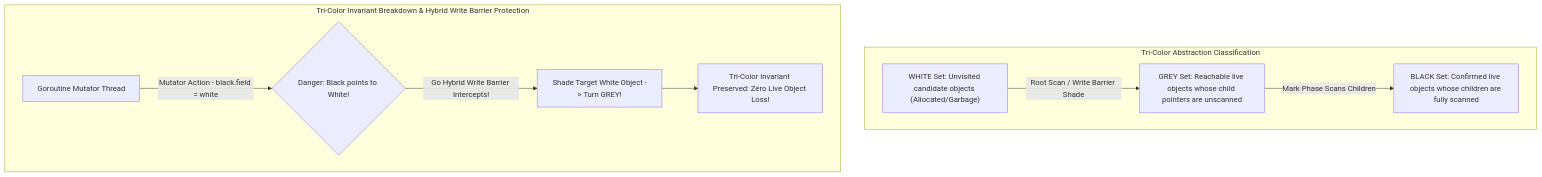
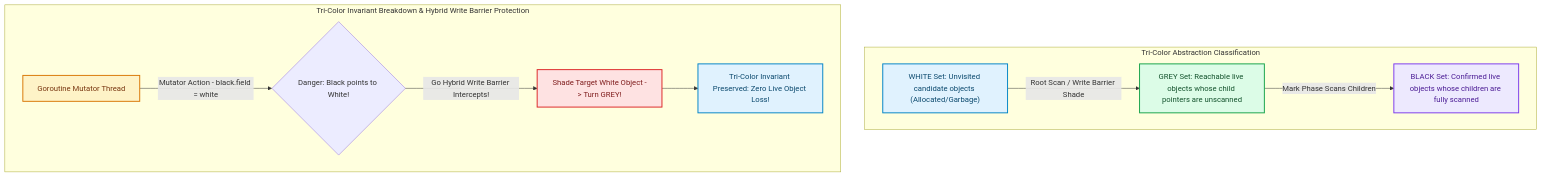
Before and after one commit to akmalkhaniub/akmalkhaniub.github.io: the diagram in blog/posts/tri-color-marking-concurrent-sweep-go-runtime-write-barriers.md, drawn with Mermaid. The commit also changed other lines of this file and 1291 other files, not shown here.

First line of the commit message:
feat(catalog): unique covers, scholarly references, and diagram palettes

````diff
--- a/blog/posts/tri-color-marking-concurrent-sweep-go-runtime-write-barriers.md
+++ b/blog/posts/tri-color-marking-concurrent-sweep-go-runtime-write-barriers.md
@@ -19,17 +19,28 @@
 ```mermaid
 flowchart TD
   subgraph SG1_TriColorAbstraction ["Tri-Color Abstraction Classification"]
     White[" WHITE Set: Unvisited candidate objects (Allocated/Garbage)"]
     Grey[" GREY Set: Reachable live objects whose child pointers are unscanned"]
     Black[" BLACK Set: Confirmed live objects whose children are fully scanned"]
     
     White -->|Root Scan / Write Barrier Shade| Grey
     Grey -->|Mark Phase Scans Children| Black
   end
   
   subgraph SG2_TriColorInvariant ["Tri-Color Invariant Breakdown & Hybrid Write Barrier Protection"]
-    Mutator[Goroutine Mutator Thread] -->|Mutator Action - black.field = white| DangerCheck{Danger: Black points to White!}
-    DangerCheck -->|Go Hybrid Write Barrier Intercepts!| Shade[ Shade Target White Object -> Turn GREY!]
-    Shade --> SafeMark[ Tri-Color Invariant Preserved: Zero Live Object Loss!]
+    Mutator["Goroutine Mutator Thread"] -->|Mutator Action - black.field = white| DangerCheck{Danger: Black points to White!}
+    DangerCheck -->|Go Hybrid Write Barrier Intercepts!| Shade[" Shade Target White Object -> Turn GREY!"]
+    Shade --> SafeMark[" Tri-Color Invariant Preserved: Zero Live Object Loss!"]
   end
+
+classDef green fill:#dcfce7,stroke:#16a34a,stroke-width:2px,color:#14532d;
+classDef red fill:#fee2e2,stroke:#dc2626,stroke-width:2px,color:#7f1d1d;
+classDef blue fill:#e0f2fe,stroke:#0284c7,stroke-width:2px,color:#0c4a6e;
+classDef yellow fill:#fef3c7,stroke:#d97706,stroke-width:2px,color:#78350f;
+classDef purple fill:#ede9fe,stroke:#7c3aed,stroke-width:2px,color:#4c1d95;
+class White,SafeMark blue
+class Grey green
+class Black purple
+class Mutator yellow
+class Shade red
 ```
````
